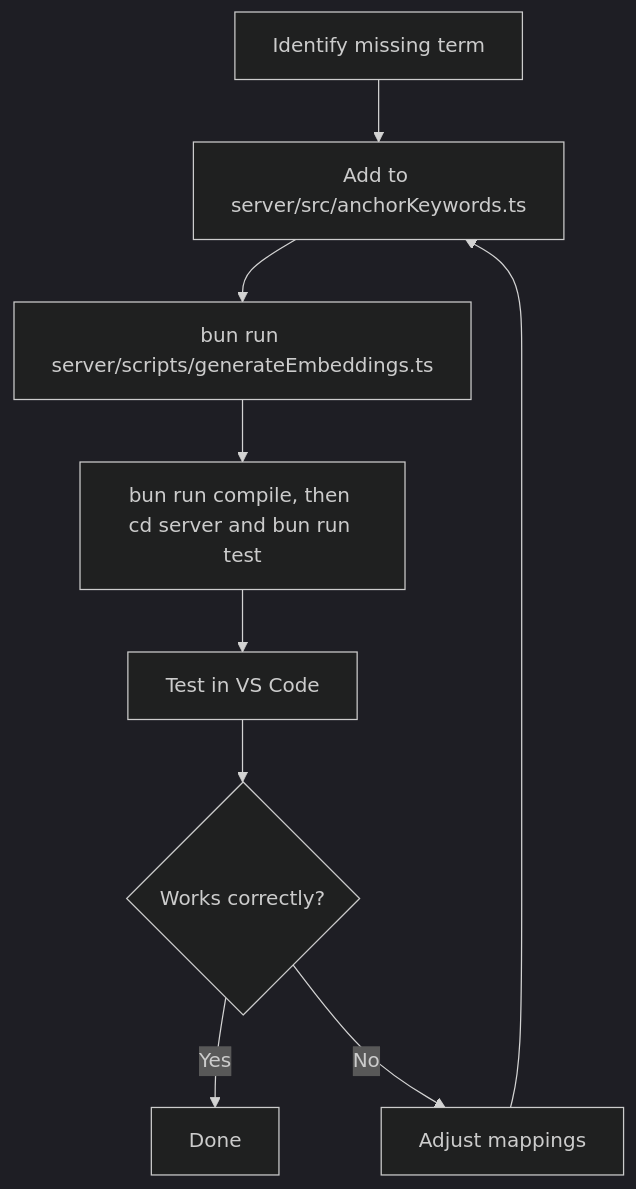
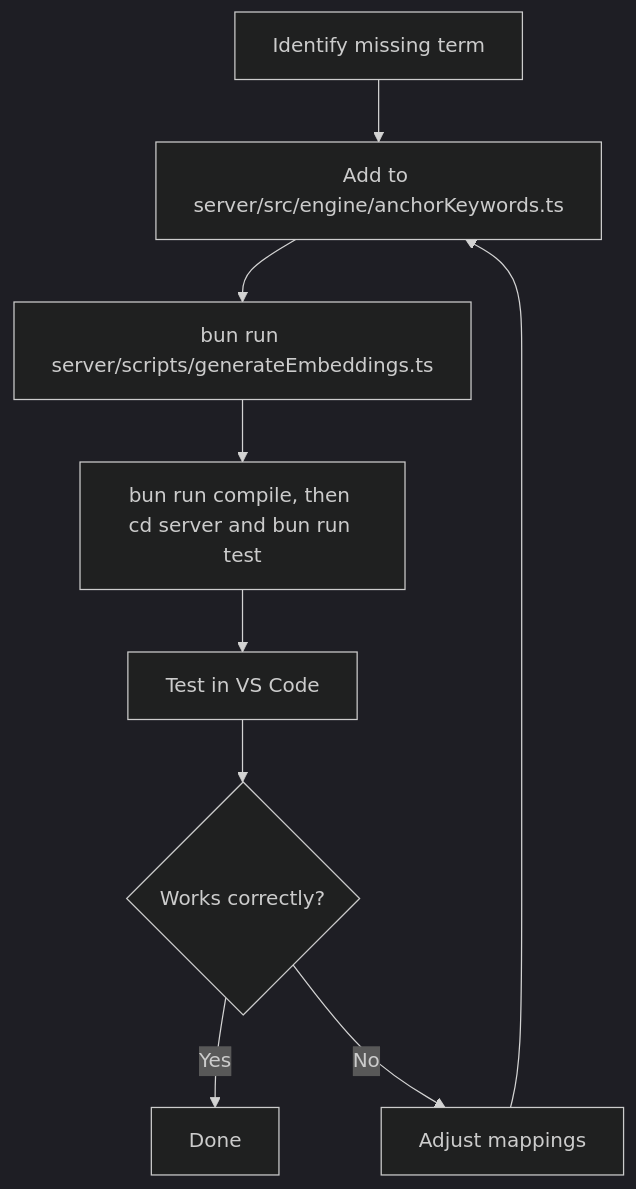
Before and after one commit to hed-standard/hed-lsp: the diagram in docs/extending.md, drawn with Mermaid (dark theme). The commit also changed other lines of this file and 6 other files, not shown here.

First line of the commit message:
docs: correct engine paths and the diagram

````diff
--- a/docs/extending.md
+++ b/docs/extending.md
@@ -40,12 +40,12 @@
 ```mermaid
 flowchart TD
-    A[Identify missing term] --> B[Add to server/src/anchorKeywords.ts]
+    A[Identify missing term] --> B[Add to server/src/engine/anchorKeywords.ts]
     B --> C[bun run server/scripts/generateEmbeddings.ts]
     C --> D[bun run compile, then cd server and bun run test]
     D --> E[Test in VS Code]
 
     E --> F{Works correctly?}
     F -->|Yes| G[Done]
     F -->|No| H[Adjust mappings]
     H --> B
 ```
````
